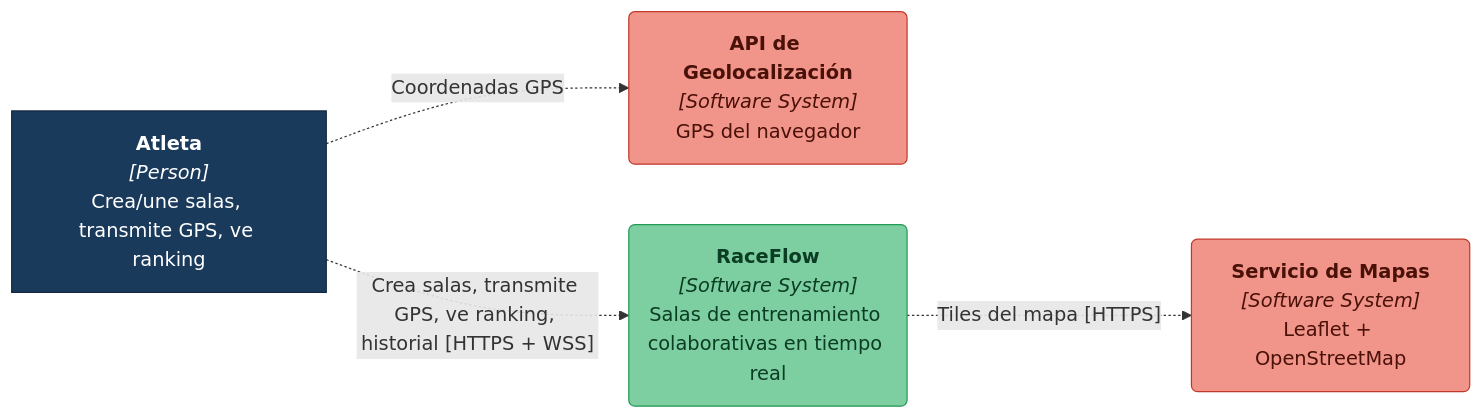
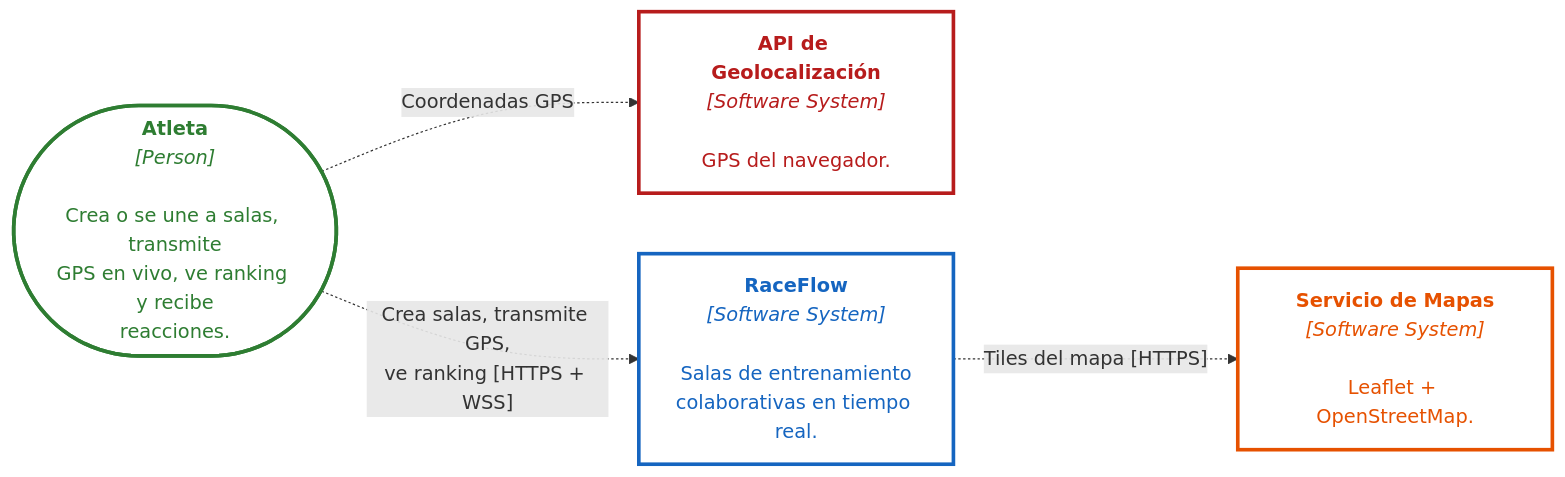
Before and after one commit to JuanGuayazanC/Proyecto-ARSW: the diagram in docs/architecture/export/structurizr-Contexto.mmd, drawn with Mermaid. The commit also changed 5 other files, not shown here.

First line of the commit message:
docs: restyle C4 diagrams to official notation (outline boxes, boundary box)

```diff
--- a/docs/architecture/export/structurizr-Contexto.mmd
+++ b/docs/architecture/export/structurizr-Contexto.mmd
@@ -1,18 +1,18 @@
 graph LR
   linkStyle default fill:#ffffff
 
-  1["<b>Atleta</b><br/><i>[Person]</i><br/>Crea/une salas, transmite GPS, ve ranking"]
-  style 1 fill:#1a3a5c,stroke:#122840,color:#ffffff
+  1(["<b>Atleta</b><br/><i>[Person]</i><br/><br/>Crea o se une a salas, transmite<br/>GPS en vivo, ve ranking y recibe<br/>reacciones."])
+  style 1 fill:#ffffff,stroke:#2E7D32,stroke-width:3px,color:#2E7D32
 
-  4("<b>RaceFlow</b><br/><i>[Software System]</i><br/>Salas de entrenamiento colaborativas en tiempo real")
-  style 4 fill:#7DCEA0,stroke:#229954,color:#0b3d24
+  4["<b>RaceFlow</b><br/><i>[Software System]</i><br/><br/>Salas de entrenamiento<br/>colaborativas en tiempo real."]
+  style 4 fill:#ffffff,stroke:#1565C0,stroke-width:3px,color:#1565C0
 
-  2("<b>Servicio de Mapas</b><br/><i>[Software System]</i><br/>Leaflet + OpenStreetMap")
-  style 2 fill:#F1948A,stroke:#C0392B,color:#4a1109
+  2["<b>Servicio de Mapas</b><br/><i>[Software System]</i><br/><br/>Leaflet + OpenStreetMap."]
+  style 2 fill:#ffffff,stroke:#E65100,stroke-width:3px,color:#E65100
 
-  3("<b>API de Geolocalización</b><br/><i>[Software System]</i><br/>GPS del navegador")
-  style 3 fill:#F1948A,stroke:#C0392B,color:#4a1109
+  3["<b>API de Geolocalización</b><br/><i>[Software System]</i><br/><br/>GPS del navegador."]
+  style 3 fill:#ffffff,stroke:#B71C1C,stroke-width:3px,color:#B71C1C
 
-  1 -. "Crea salas, transmite GPS, ve ranking, historial [HTTPS + WSS]" .-> 4
+  1 -. "Crea salas, transmite GPS,<br/>ve ranking [HTTPS + WSS]" .-> 4
   4 -. "Tiles del mapa [HTTPS]" .-> 2
   1 -. "Coordenadas GPS" .-> 3
```
